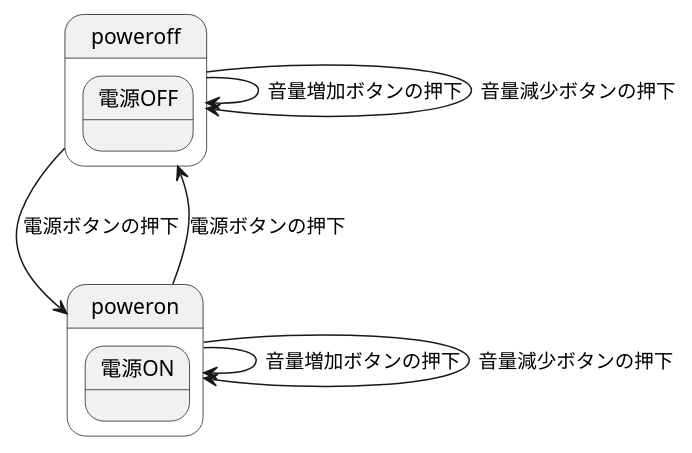
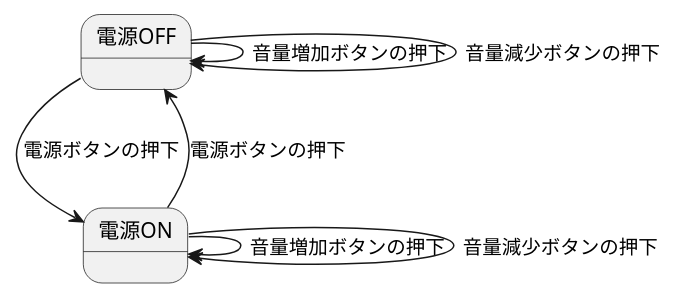
Before and after one commit to Miyoshi-Ryota/how-to-create-bgp: the first of 2 diagrams in howtocreatebgpd.adoc, drawn with PlantUML.

Commit message:
もっと図よ、きれいになーれ

```diff
--- a/howtocreatebgpd.adoc
+++ b/howtocreatebgpd.adoc
@@ -69,21 +69,17 @@
 [plantuml]
 ----
 @startuml
 
-state poweroff {
-  state "電源OFF"
-}
+state 電源OFF
 
-state poweron {
-  state "電源ON"
-}
+state 電源ON
 
-poweroff --> poweron : 電源ボタンの押下
-poweroff --> poweroff : 音量増加ボタンの押下
-poweroff --> poweroff : 音量減少ボタンの押下
-poweron --> poweroff : 電源ボタンの押下
-poweron --> poweron : 音量増加ボタンの押下
-poweron --> poweron : 音量減少ボタンの押下
+電源OFF --> 電源ON : 電源ボタンの押下
+電源OFF --> 電源OFF : 音量増加ボタンの押下
+電源OFF --> 電源OFF : 音量減少ボタンの押下
+電源ON --> 電源OFF : 電源ボタンの押下
+電源ON --> 電源ON : 音量増加ボタンの押下
+電源ON --> 電源ON : 音量減少ボタンの押下
 
 @enduml
 ----
```
